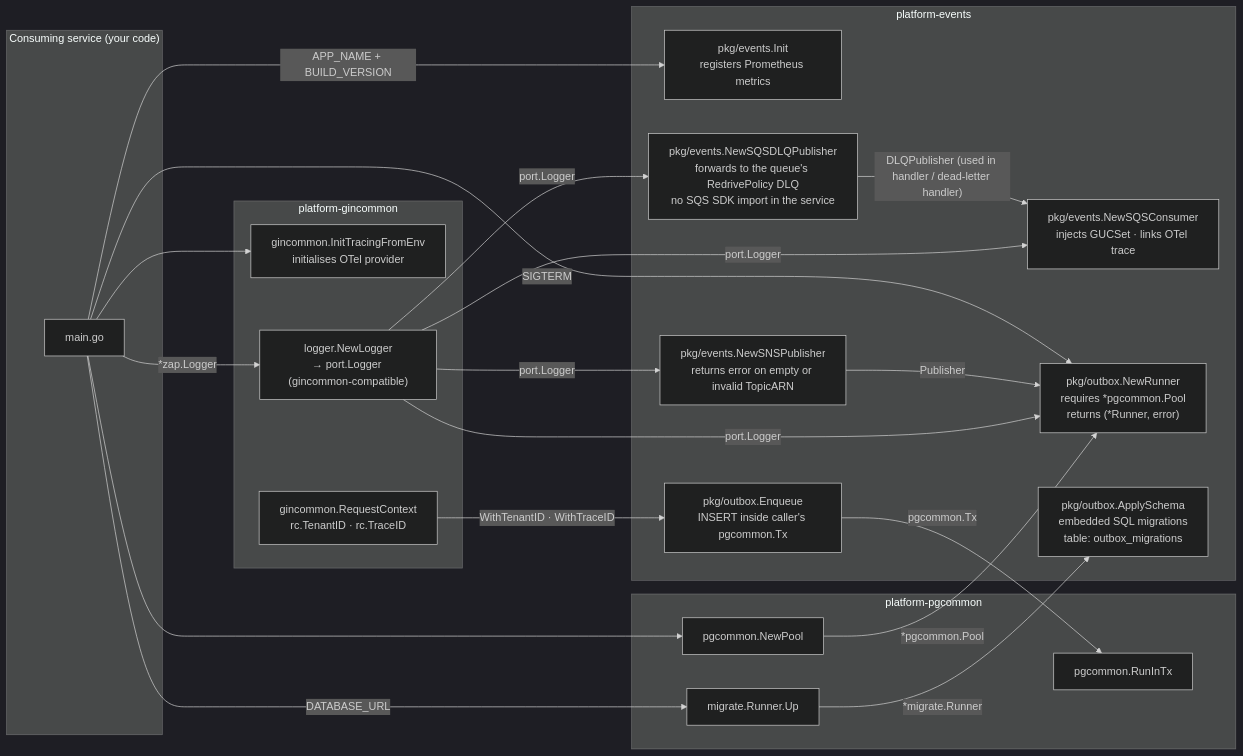
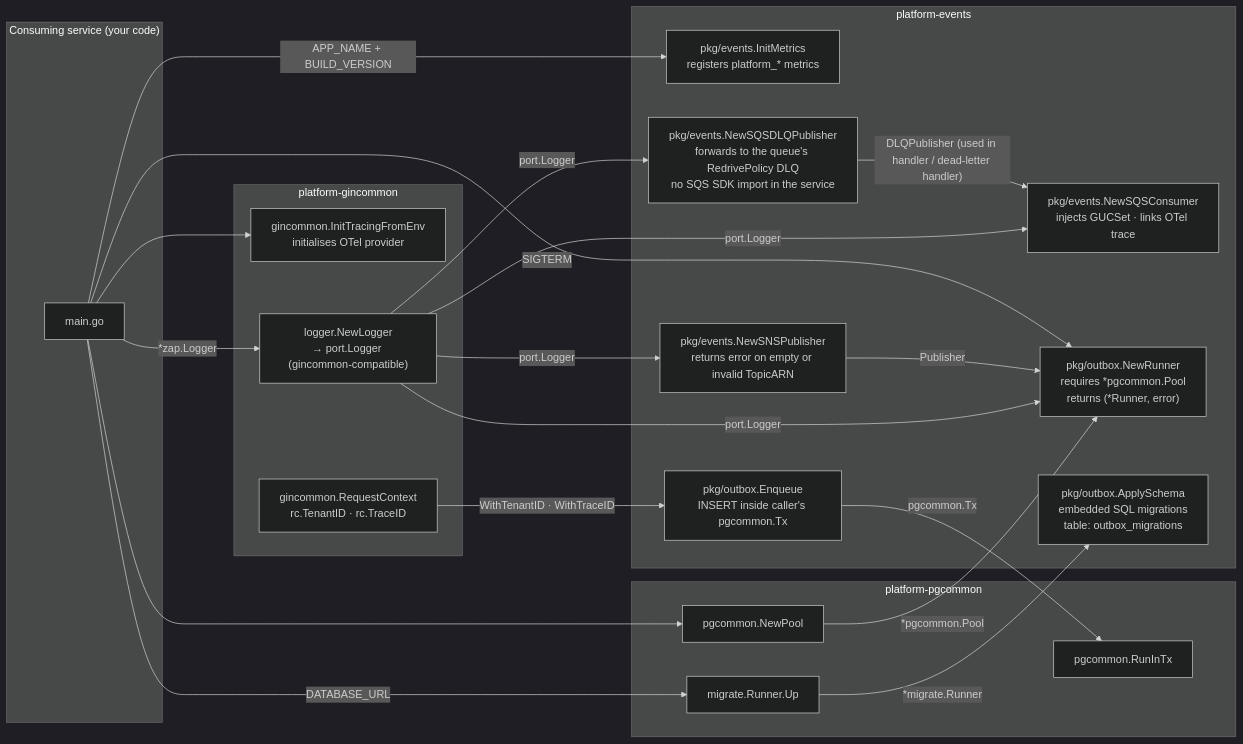
One commit to BCBP-SOLUTIONS-FZC-LLC/platform-events changed the diagram in docs/architecture/mermaid/consuming-service-wiring.mmd. Above: the diagram before and after it, drawn with Mermaid (dark theme). The commit also changed 42 other files, not shown here.

```diff
--- a/docs/architecture/mermaid/consuming-service-wiring.mmd
+++ b/docs/architecture/mermaid/consuming-service-wiring.mmd
@@ -1,43 +1,43 @@
 graph LR
     subgraph service["Consuming service (your code)"]
         main["main.go"]
     end
 
     subgraph events_lib["platform-events"]
-        metrics_init["pkg/events.Init\nregisters Prometheus metrics"]
+        metrics_init["pkg/events.InitMetrics\nregisters platform_* metrics"]
         sns_new["pkg/events.NewSNSPublisher\nreturns error on empty or invalid TopicARN"]
         sqs_new["pkg/events.NewSQSConsumer\ninjects GUCSet · links OTel trace"]
         dlq_new["pkg/events.NewSQSDLQPublisher\nforwards to the queue's RedrivePolicy DLQ\nno SQS SDK import in the service"]
         outbox_new["pkg/outbox.NewRunner\nrequires *pgcommon.Pool\nreturns (*Runner, error)"]
         apply_schema["pkg/outbox.ApplySchema\nembedded SQL migrations\ntable: outbox_migrations"]
         enqueue["pkg/outbox.Enqueue\nINSERT inside caller's pgcommon.Tx"]
     end
 
     subgraph pgcommon_lib["platform-pgcommon"]
         pool_new["pgcommon.NewPool"]
         run_in_tx["pgcommon.RunInTx"]
         mig_run["migrate.Runner.Up"]
     end
 
     subgraph gincommon_lib["platform-gincommon"]
         otel_init["gincommon.InitTracingFromEnv\ninitialises OTel provider"]
         zap_logger["logger.NewLogger\n→ port.Logger (gincommon-compatible)"]
         req_ctx["gincommon.RequestContext\nrc.TenantID · rc.TraceID"]
     end
 
     main -->|"APP_NAME + BUILD_VERSION"| metrics_init
     main --> otel_init
     main -->|"*zap.Logger"| zap_logger
     zap_logger -->|"port.Logger"| sns_new
     zap_logger -->|"port.Logger"| sqs_new
     zap_logger -->|"port.Logger"| outbox_new
     zap_logger -->|"port.Logger"| dlq_new
     dlq_new -->|"DLQPublisher (used in handler / dead-letter handler)"| sqs_new
     main --> pool_new
     pool_new -->|"*pgcommon.Pool"| outbox_new
     main -->|"DATABASE_URL"| mig_run
     mig_run -->|"*migrate.Runner"| apply_schema
     sns_new -->|"Publisher"| outbox_new
     main -->|"SIGTERM"| outbox_new
     req_ctx -->|"WithTenantID · WithTraceID"| enqueue
     enqueue -->|"pgcommon.Tx"| run_in_tx
```
